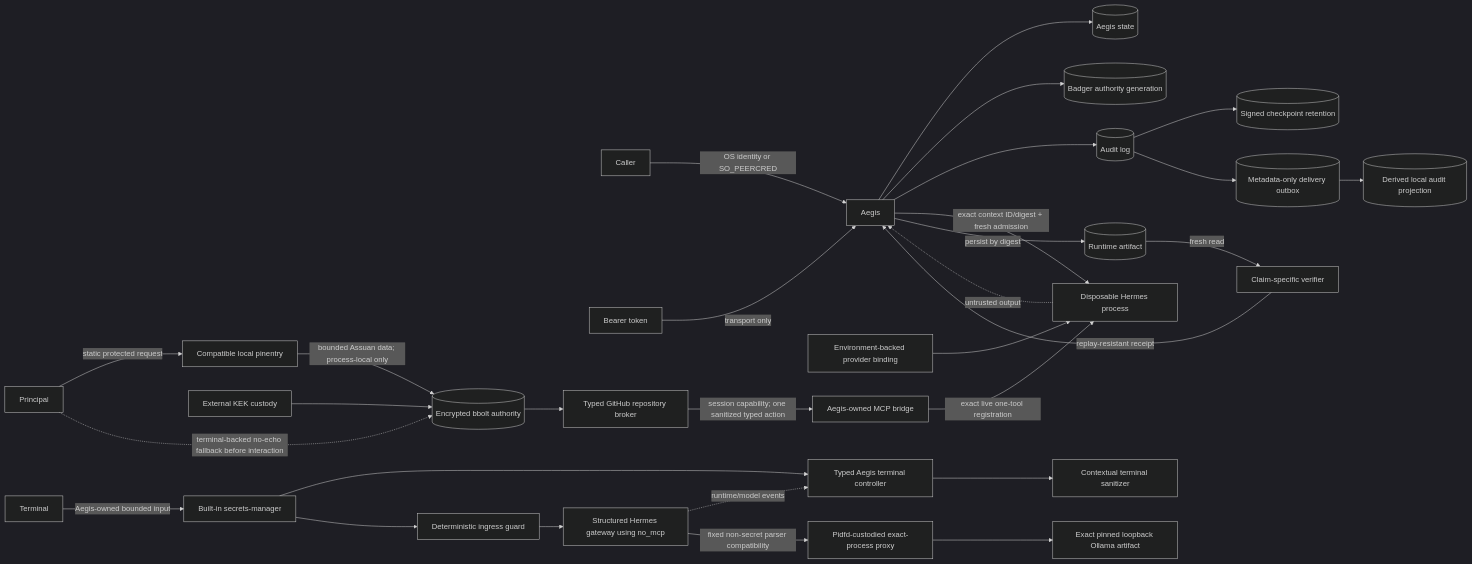
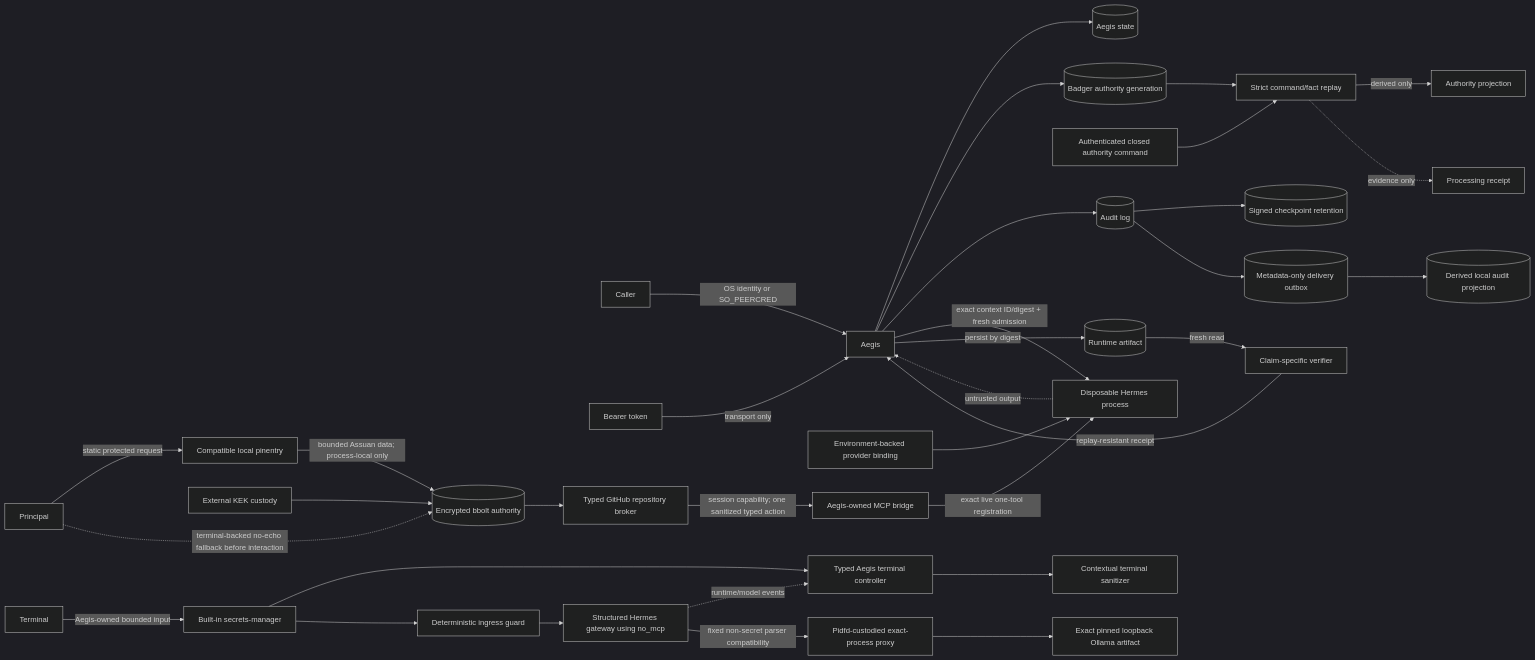
One commit to berryhill/aegis changed the diagram in docs/THREAT_MODEL.md. Above: the diagram before and after it, drawn with Mermaid (dark theme). The commit also changed other lines of this file and 7 other files, not shown here.

Commit message:
feat: add canonical authority replay records

````diff
--- a/docs/THREAT_MODEL.md
+++ b/docs/THREAT_MODEL.md
@@ -17,32 +17,36 @@
 ```mermaid
 flowchart LR
   Caller -->|OS identity or SO_PEERCRED| Aegis
   Token[Bearer token] -->|transport only| Aegis
   Aegis --> Store[(Aegis state)]
   Aegis --> AuthorityState[(Badger authority generation)]
+  Command[Authenticated closed authority command] --> Replay[Strict command/fact replay]
+  AuthorityState --> Replay
+  Replay -->|derived only| AuthorityProjection[Authority projection]
+  Replay -. evidence only .-> AuthorityReceipt[Processing receipt]
   Env[Environment-backed provider binding] --> Hermes[Disposable Hermes process]
   Principal -->|static protected request| Pinentry[Compatible local pinentry]
   Pinentry -->|bounded Assuan data; process-local only| Authority[(Encrypted bbolt authority)]
   Principal -. terminal-backed no-echo fallback before interaction .-> Authority
   KEK[External KEK custody] --> Authority
   Authority --> Broker[Typed GitHub repository broker]
   Broker -->|session capability; one sanitized typed action| Bridge[Aegis-owned MCP bridge]
   Bridge -->|exact live one-tool registration| Hermes
   Aegis --> Audit[(Audit log)]
   Audit --> Checkpoint[(Signed checkpoint retention)]
   Audit --> Outbox[(Metadata-only delivery outbox)]
   Outbox --> Projection[(Derived local audit projection)]
   Hermes -. untrusted output .-> Aegis
   Aegis -->|exact context ID/digest + fresh admission| Hermes
   Aegis -->|persist by digest| Artifact[(Runtime artifact)]
   Artifact -->|fresh read| Verifier[Claim-specific verifier]
   Verifier -->|replay-resistant receipt| Aegis
   Terminal -->|Aegis-owned bounded input| Manager[Built-in secrets-manager]
   Manager --> TUI[Typed Aegis terminal controller]
   Gateway -. runtime/model events .-> TUI
   TUI --> Sanitizer[Contextual terminal sanitizer]
   Manager --> Guard[Deterministic ingress guard]
   Guard --> Gateway[Structured Hermes gateway using no_mcp]
   Gateway -->|fixed non-secret parser compatibility| Proxy[Pidfd-custodied exact-process proxy]
   Proxy --> Ollama[Exact pinned loopback Ollama artifact]
 ```
````
